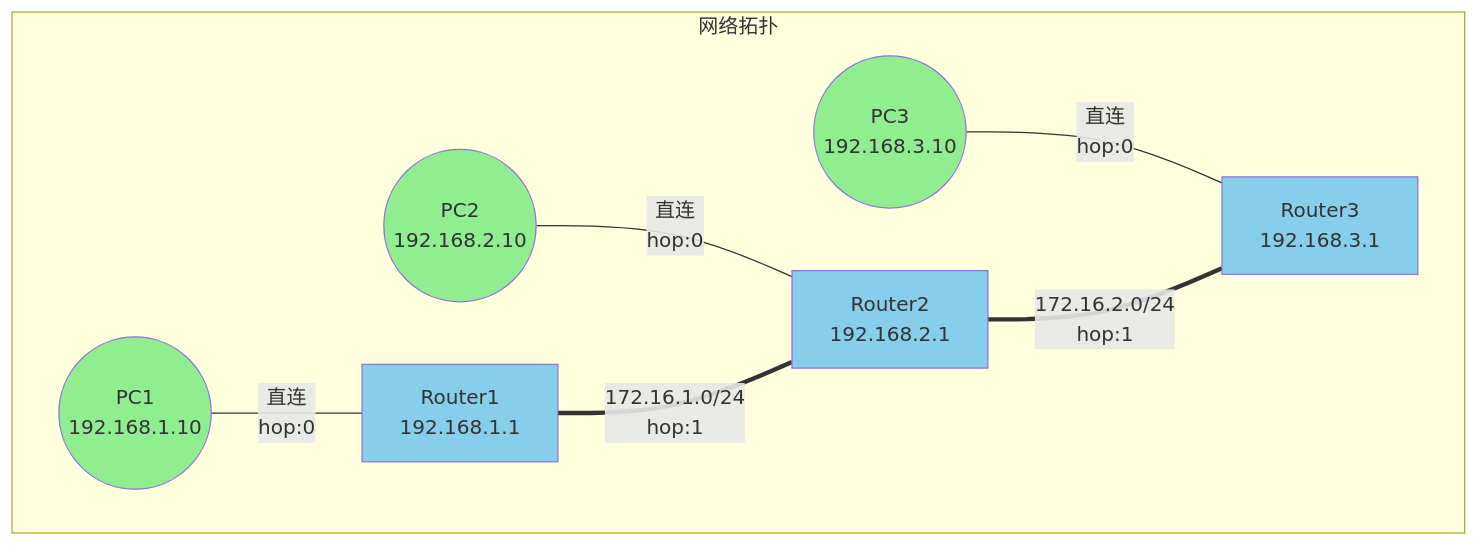
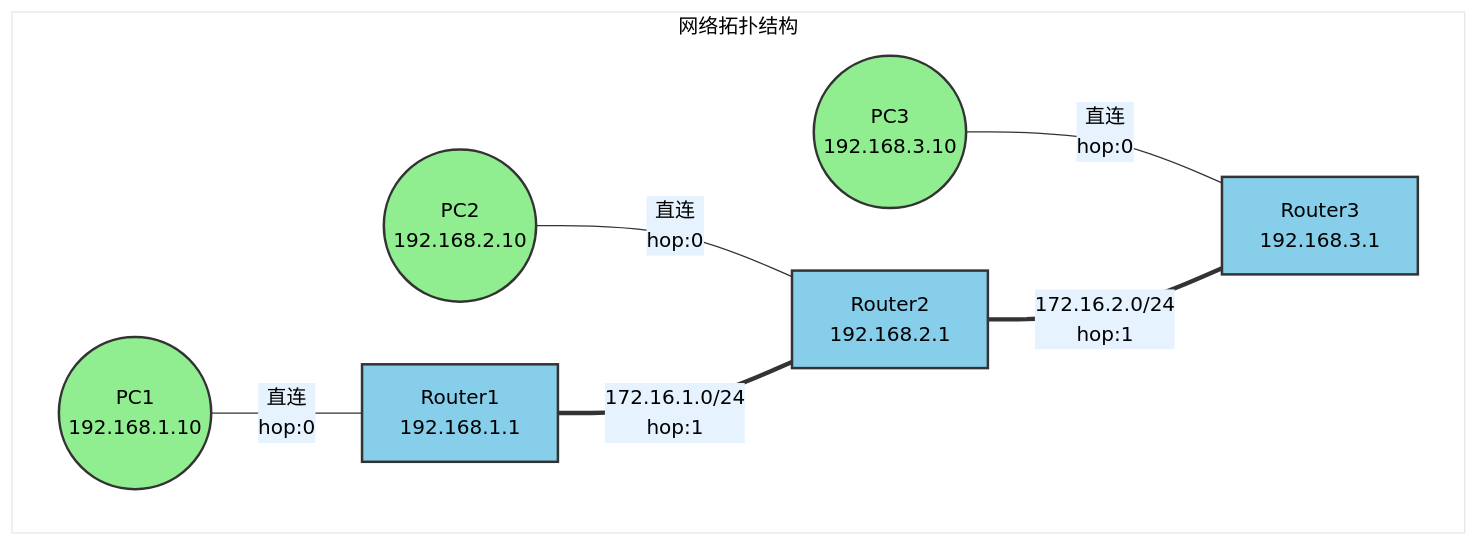
One commit to SimonSU5/personal-site-content changed the first of 4 diagrams in blogs/数通基础-RIP.md. Above: the diagram before and after it, drawn with Mermaid. The commit also changed other lines of this file, not shown here.

````diff
--- a/blogs/数通基础-RIP.md
+++ b/blogs/数通基础-RIP.md
@@ -16,25 +16,26 @@
 ```mermaid
+%%{init: {'theme': 'base', 'themeVariables': { 'primaryColor': '#fff', 'primaryTextColor': '#000', 'primaryBorderColor': '#333', 'lineColor': '#333', 'secondaryColor': '#e6f3ff', 'tertiaryColor': '#fff'}}}%%
 graph TB
-    subgraph Network["网络拓扑"]
+    subgraph Network["网络拓扑结构"]
         PC1(("PC1<br/>192.168.1.10"))
         R1["Router1<br/>192.168.1.1"]
         PC2(("PC2<br/>192.168.2.10"))
         R2["Router2<br/>192.168.2.1"]
         PC3(("PC3<br/>192.168.3.10"))
         R3["Router3<br/>192.168.3.1"]
     end
 
     PC1 ---|"直连<br/>hop:0"| R1
     PC2 ---|"直连<br/>hop:0"| R2
     PC3 ---|"直连<br/>hop:0"| R3
 
     R1 ===|"172.16.1.0/24<br/>hop:1"| R2
     R2 ===|"172.16.2.0/24<br/>hop:1"| R3
 
-    style PC1 fill:#90EE90
-    style PC2 fill:#90EE90
-    style PC3 fill:#90EE90
-    style R1 fill:#87CEEB
-    style R2 fill:#87CEEB
-    style R3 fill:#87CEEB
+    style PC1 fill:#90EE90,stroke:#333,stroke-width:2px
+    style PC2 fill:#90EE90,stroke:#333,stroke-width:2px
+    style PC3 fill:#90EE90,stroke:#333,stroke-width:2px
+    style R1 fill:#87CEEB,stroke:#333,stroke-width:2px
+    style R2 fill:#87CEEB,stroke:#333,stroke-width:2px
+    style R3 fill:#87CEEB,stroke:#333,stroke-width:2px
 ```
````
